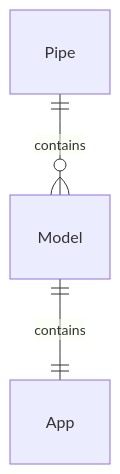
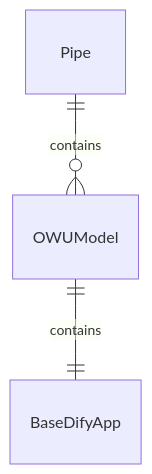
Before and after one commit to kami-lel/dify-open-webui-adapter: the first of 4 diagrams in README.md, drawn with Mermaid. The commit also changed other lines of this file and 1 other file, not shown here.

First line of the commit message:
document adapter architecture; refresh AGENTS and README guidance

````diff
--- a/README.md
+++ b/README.md
@@ -125,5 +123,5 @@
 ```mermaid
 erDiagram
-    Pipe ||--o{ Model: contains
-    Model ||--|| App: contains
+    Pipe ||--o{ OWUModel: contains
+    OWUModel ||--|| BaseDifyApp: contains
 ```
````
